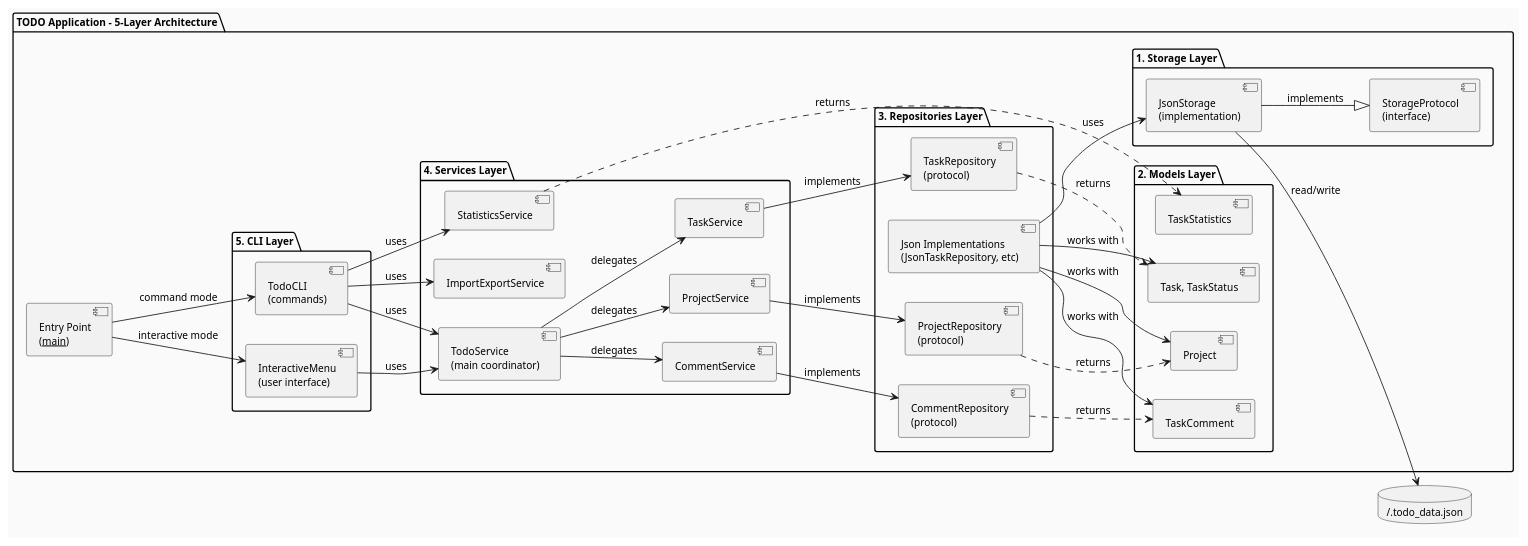
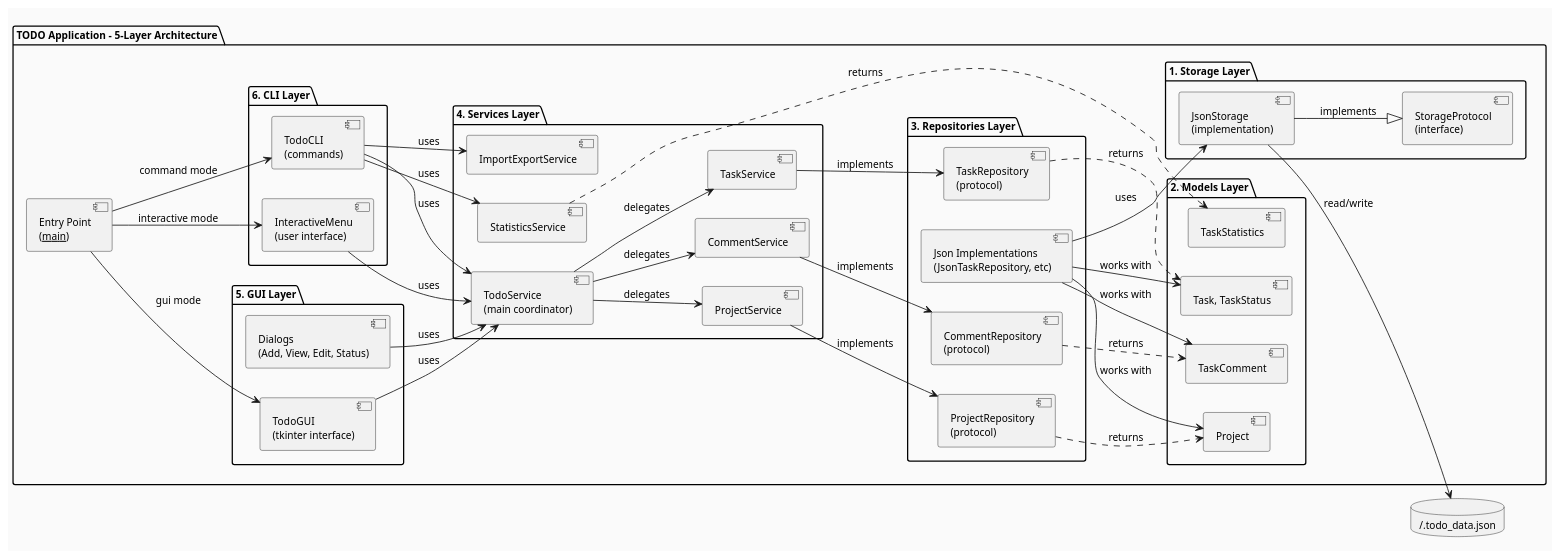
The diagram in experiments/broadcast/structured_text/TODO/artifacts/component_diagram.puml (DanielRiha8906/Software_autoevolution_using_agents), drawn with PlantUML before and after one commit. The commit also changed 6 other files, not shown here.

First line of the commit message:
Task 10: Add graphical user interface for TODO manager

```diff
--- a/experiments/broadcast/structured_text/TODO/artifacts/component_diagram.puml
+++ b/experiments/broadcast/structured_text/TODO/artifacts/component_diagram.puml
@@ -1,78 +1,86 @@
 @startuml component_diagram
 
 skinparam componentStyle uml2
 skinparam defaultFontSize 12
 skinparam backgroundColor #FAFAFA
 
 left to right direction
 
 package "TODO Application - 5-Layer Architecture" {
 
     component "Entry Point\n(__main__)" as Main
 
-    package "5. CLI Layer" {
+    package "5. GUI Layer" {
+        component "TodoGUI\n(tkinter interface)" as GUI
+        component "Dialogs\n(Add, View, Edit, Status)" as Dialogs
+    }
+
+    package "6. CLI Layer" {
         component "TodoCLI\n(commands)" as CLI
         component "InteractiveMenu\n(user interface)" as IM
     }
 
     package "4. Services Layer" {
         component "TodoService\n(main coordinator)" as SVC
         component "TaskService" as TaskSvc
         component "CommentService" as CommentSvc
         component "ProjectService" as ProjectSvc
         component "StatisticsService" as StatSvc
         component "ImportExportService" as ImpExpSvc
     }
 
     package "3. Repositories Layer" {
         component "TaskRepository\n(protocol)" as TaskRepo
         component "CommentRepository\n(protocol)" as CommentRepo
         component "ProjectRepository\n(protocol)" as ProjectRepo
         component "Json Implementations\n(JsonTaskRepository, etc)" as JsonImpls
     }
 
     package "2. Models Layer" {
         component "Task, TaskStatus" as TaskModel
         component "TaskComment" as CommentModel
         component "Project" as ProjectModel
         component "TaskStatistics" as StatsModel
     }
 
     package "1. Storage Layer" {
         component "StorageProtocol\n(interface)" as StorageProto
         component "JsonStorage\n(implementation)" as Storage
     }
 }
 
 database "~/.todo_data.json" as DB
 
+Main --> GUI : gui mode
 Main --> CLI : command mode
 Main --> IM : interactive mode
 
+GUI --> SVC : uses
+Dialogs --> SVC : uses
 CLI --> SVC : uses
 IM --> SVC : uses
 CLI --> ImpExpSvc : uses
 CLI --> StatSvc : uses
 
 SVC --> TaskSvc : delegates
 SVC --> CommentSvc : delegates
 SVC --> ProjectSvc : delegates
 
 TaskSvc --> TaskRepo : implements
 CommentSvc --> CommentRepo : implements
 ProjectSvc --> ProjectRepo : implements
 
 JsonImpls --> Storage : uses
 JsonImpls --> TaskModel : works with
 JsonImpls --> CommentModel : works with
 JsonImpls --> ProjectModel : works with
 
 TaskRepo ..> TaskModel : returns
 CommentRepo ..> CommentModel : returns
 ProjectRepo ..> ProjectModel : returns
 StatSvc ..> StatsModel : returns
 
 Storage --|> StorageProto : implements
 Storage --> DB : read/write
 
 @enduml
```
